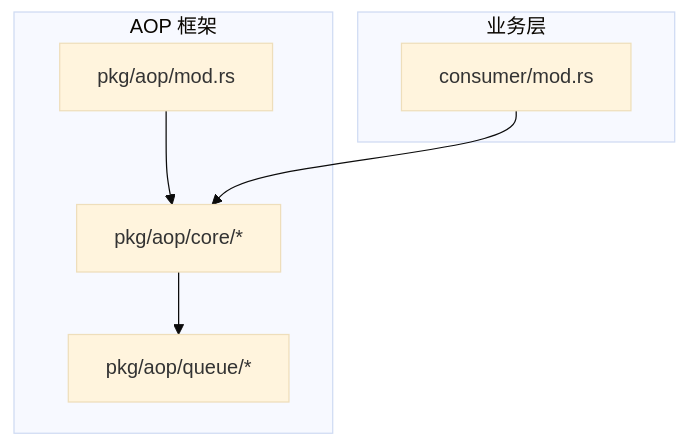
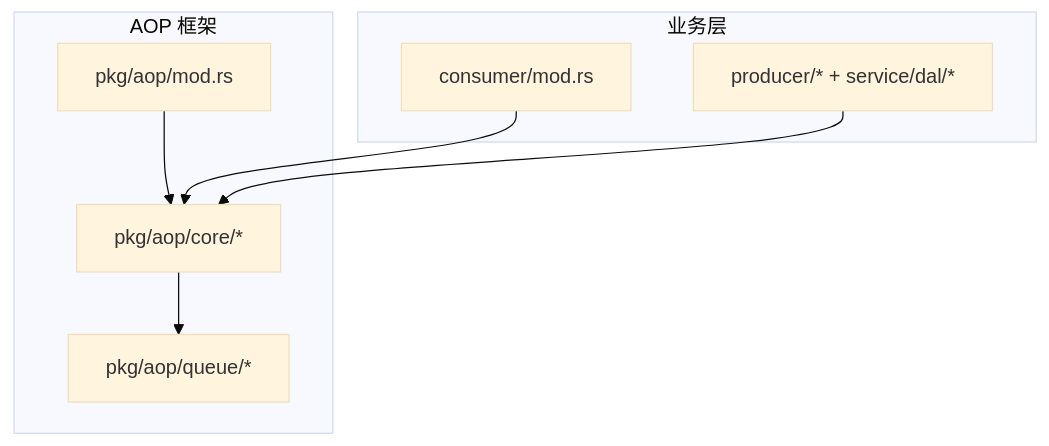
Before and after one commit to runningcoders/ai_orz: the first of 8 diagrams in docs/wiki/zh/content/核心模块/AOP 事件系统/事件队列系统/事件队列系统.md, drawn with Mermaid (base theme). The commit also changed other lines of this file and 37 other files, not shown here.

````diff
--- a/docs/wiki/zh/content/核心模块/AOP 事件系统/事件队列系统/事件队列系统.md
+++ b/docs/wiki/zh/content/核心模块/AOP 事件系统/事件队列系统/事件队列系统.md
@@ -37,14 +46,16 @@
 ```mermaid
 graph TB
 subgraph "AOP 框架"
 MOD["pkg/aop/mod.rs"]
 CORE["pkg/aop/core/*"]
 QUEUE["pkg/aop/queue/*"]
 end
 subgraph "业务层"
 CONSUMER["consumer/mod.rs"]
+PRODUCER["producer/* + service/dal/*"]
 end
 MOD --> CORE
 CORE --> QUEUE
 CONSUMER --> CORE
+PRODUCER --> CORE
 ```
````
